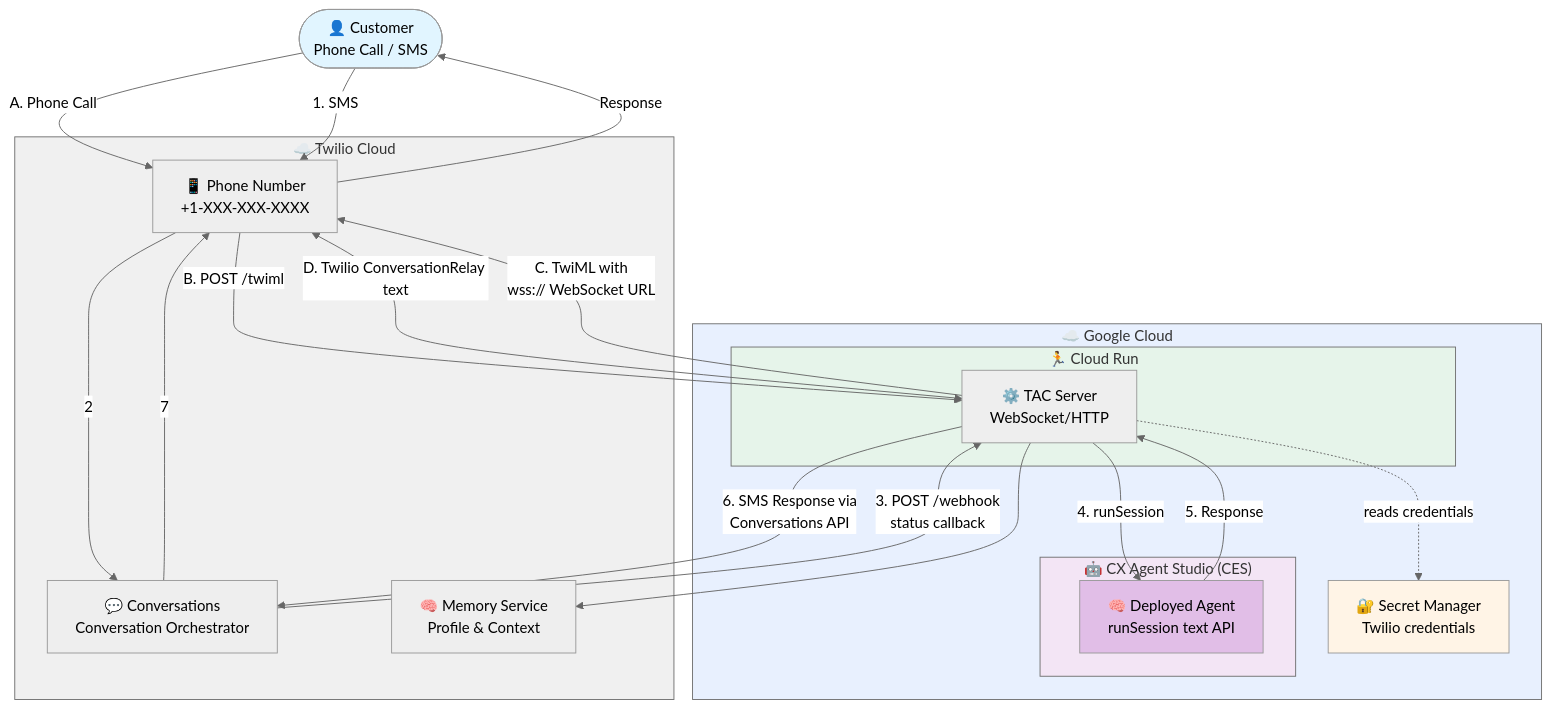
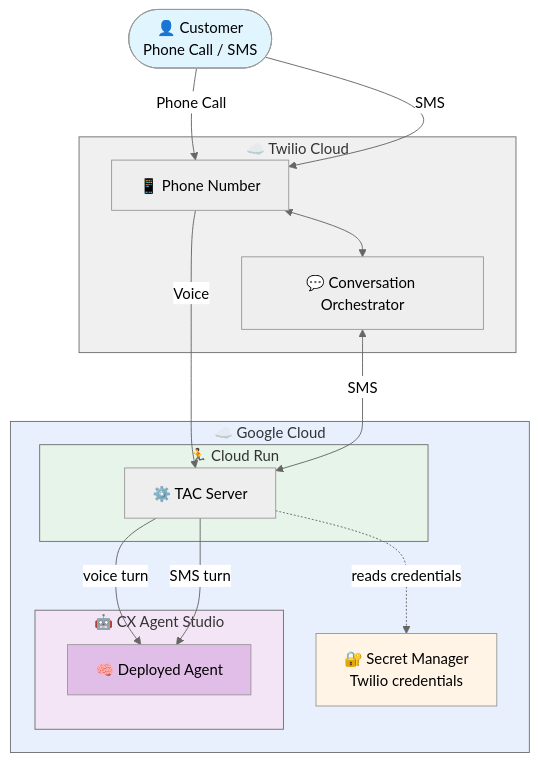
The diagram in deploy/cx_agent_studio/README.md (twilio/twilio-agent-connect-google), drawn with Mermaid (neutral theme) before and after one commit. The commit also changed other lines of this file and 17 other files, not shown here.

First line of the commit message:
Add native speech-to-speech voice for CX Agent Studio (#20)

````diff
--- a/deploy/cx_agent_studio/README.md
+++ b/deploy/cx_agent_studio/README.md
@@ -22,51 +22,39 @@
 ```mermaid
 graph TB
     Customer([👤 Customer<br/>Phone Call / SMS])
 
     subgraph Twilio["☁️ Twilio Cloud"]
-        Phone[📱 Phone Number<br/>+1-XXX-XXX-XXXX]
-        Orchestrator[💬 Conversations<br/>Conversation Orchestrator]
-        Memory[🧠 Memory Service<br/>Profile & Context]
+        Phone[📱 Phone Number]
+        Orchestrator[💬 Conversation Orchestrator]
     end
 
     subgraph GCP["☁️ Google Cloud"]
         subgraph CloudRun["🏃 Cloud Run"]
-            Server[⚙️ TAC Server<br/>WebSocket/HTTP]
+            Server[⚙️ TAC Server]
         end
 
-        subgraph CES["🤖 CX Agent Studio (CES)"]
-            Agent[🧠 Deployed Agent<br/>runSession text API]
+        subgraph CES["🤖 CX Agent Studio"]
+            Agent[🧠 Deployed Agent]
         end
 
         Secret[🔐 Secret Manager<br/>Twilio credentials]
     end
 
-    %% Voice Channel Flow (A-D)
-    Customer -->|A. Phone Call| Phone
-    Phone -->|B. POST /twiml| Server
-    Server -->|C. TwiML with<br/>wss:// WebSocket URL| Phone
-    Phone <-->|D. Twilio ConversationRelay text| Server
+    Customer -->|Phone Call| Phone
+    Customer -->|SMS| Phone
+    Phone -->|Voice| Server
+    Phone <--> Orchestrator
+    Orchestrator <-->|SMS| Server
+    Server -->|voice turn| Agent
+    Server -->|SMS turn| Agent
 
-    %% Messaging Channel Flow (1-7)
-    Customer -->|1. SMS| Phone
-    Phone -->|2| Orchestrator
-    Orchestrator -->|3. POST /webhook<br/>status callback| Server
-    Server -->|4. runSession| Agent
-    Agent -->|5. Response| Server
-    Server -->|6. SMS Response via<br/>Conversations API| Orchestrator
-    Orchestrator -->|7| Phone
-
-    %% Cloud Run integrations
     Server -.->|reads credentials| Secret
-    Server --> Memory
-
-    Phone -->|Response| Customer
 
     style Customer fill:#e1f5ff
     style Twilio fill:#f0f0f0
     style GCP fill:#e8f0fe
     style CloudRun fill:#e6f4ea
     style CES fill:#f3e5f5
     style Agent fill:#e1bee7
     style Secret fill:#fff4e6
 ```
````
